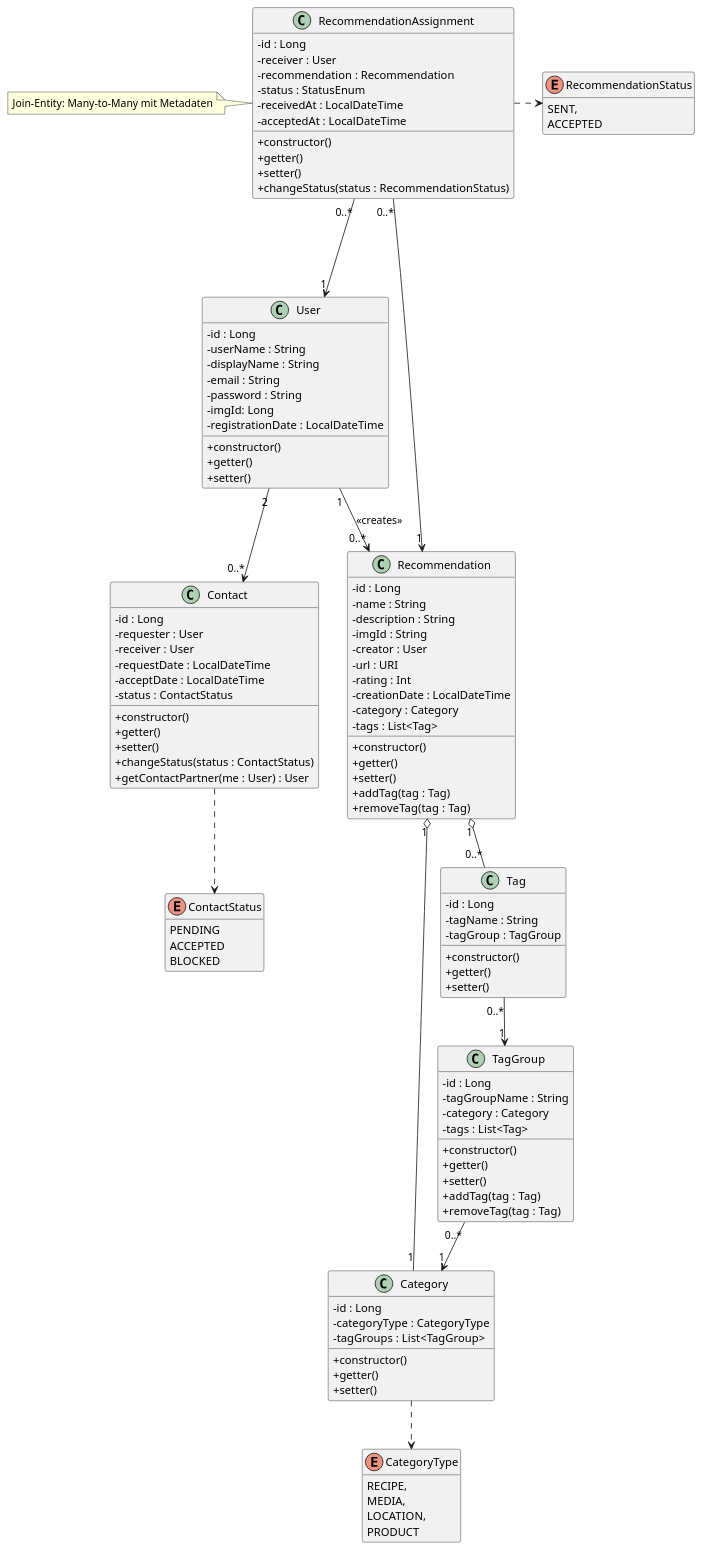
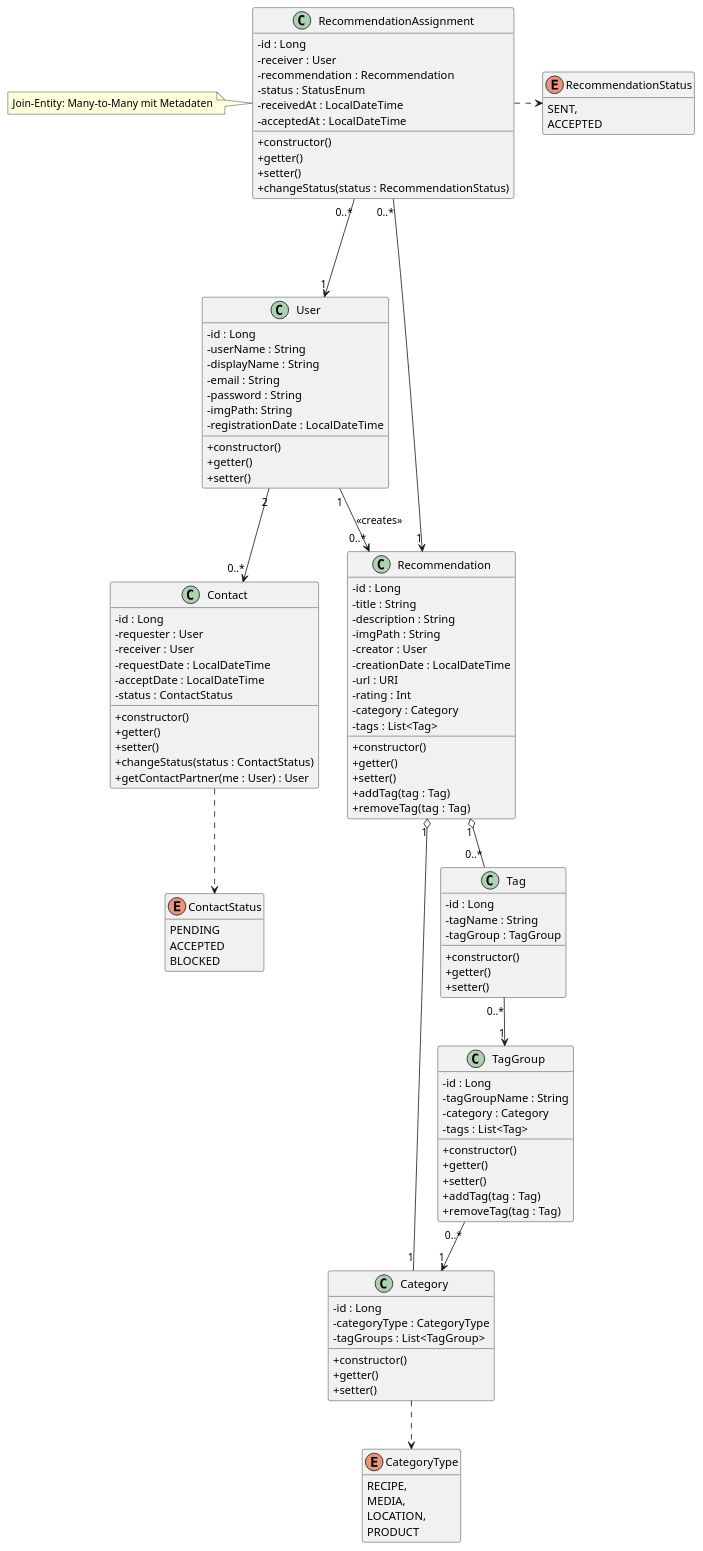
Before and after one commit to SpaghettiCodeGang/TryLater-Server: the diagram in uml/class/Class_Pflichtenheft.puml, drawn with PlantUML. The commit also changed 4 other files, not shown here.

Commit message:
feat: updates class diagrams

```diff
--- a/uml/class/Class_Pflichtenheft.puml
+++ b/uml/class/Class_Pflichtenheft.puml
@@ -1,132 +1,132 @@
 @startuml
 allowmixing
 skinparam classAttributeIconSize 0
 hide empty members
 
 class User {
     - id : Long
     - userName : String
     - displayName : String
     - email : String
     - password : String
-    - imgId: Long
+    - imgPath: String
     - registrationDate : LocalDateTime
     + constructor()
     + getter()
     + setter()
 }
 
 enum ContactStatus {
     PENDING
     ACCEPTED
     BLOCKED
 }
 
 class Contact {
     - id : Long
     - requester : User
     - receiver : User
     - requestDate : LocalDateTime
     - acceptDate : LocalDateTime
     - status : ContactStatus
     + constructor()
     + getter()
     + setter()
     + changeStatus(status : ContactStatus)
     + getContactPartner(me : User) : User
 }
 
 class RecommendationAssignment {
     - id : Long
     - receiver : User
     - recommendation : Recommendation
     - status : StatusEnum
     - receivedAt : LocalDateTime
     - acceptedAt : LocalDateTime
     + constructor()
     + getter()
     + setter()
     + changeStatus(status : RecommendationStatus)
 }
 
 note left of RecommendationAssignment
   Join-Entity: Many-to-Many mit Metadaten
 end note
 
 enum RecommendationStatus {
     SENT,
     ACCEPTED
 }
 
 class Recommendation {
     - id : Long
-    - name : String
+    - title : String
     - description : String
-    - imgId : String
+    - imgPath : String
     - creator : User
+    - creationDate : LocalDateTime
     - url : URI
     - rating : Int
-    - creationDate : LocalDateTime
     - category : Category
     - tags : List<Tag>
     + constructor()
     + getter()
     + setter()
     + addTag(tag : Tag)
     + removeTag(tag : Tag)
 }
 
 enum CategoryType {
     RECIPE,
     MEDIA,
     LOCATION,
     PRODUCT
 }
 
 class  Category {
     - id : Long
     - categoryType : CategoryType
     - tagGroups : List<TagGroup>
     + constructor()
     + getter()
     + setter()
 }
 
 class TagGroup {
     - id : Long
     - tagGroupName : String
     - category : Category
     - tags : List<Tag>
     + constructor()
     + getter()
     + setter()
     + addTag(tag : Tag)
     + removeTag(tag : Tag)
 }
 
 class Tag {
     - id : Long
     - tagName : String
     - tagGroup : TagGroup
     + constructor()
     + getter()
     + setter()
 }
 
 User "2" --> "0..*" Contact
 User "1" --> "0..*" Recommendation : <<creates>>
 
 Contact ..> ContactStatus
 
 RecommendationAssignment "0..*" ---> "1" User
 RecommendationAssignment "0..*" ---> "1" Recommendation
 RecommendationAssignment .> RecommendationStatus
 
 Recommendation "1" o-- "1" Category
 Recommendation "1" o-- "0..*" Tag
 
 Category ..> CategoryType
 TagGroup "0..*" --> "1" Category
 Tag "0..*" --> "1" TagGroup
 
 @enduml
```
